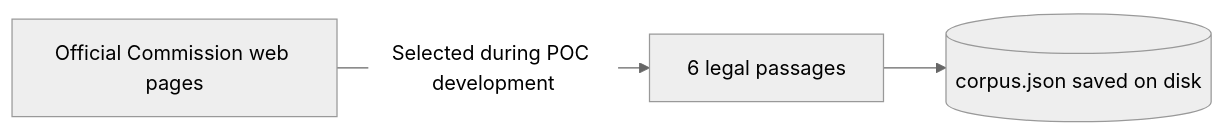
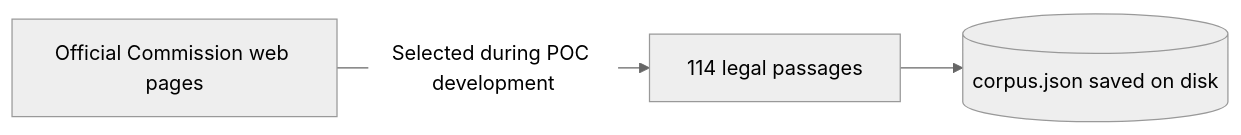
One commit to for-aiur/ai-act-copilot changed the first of 2 diagrams in README.md. Above: the diagram before and after it, drawn with Mermaid (neutral theme). The commit also changed other lines of this file and 33 other files, not shown here.

````diff
--- a/README.md
+++ b/README.md
@@ -27,5 +21,5 @@
 ```mermaid
 flowchart LR
-    A[Official Commission web pages] -->|Selected during POC development| B[6 legal passages]
+    A[Official Commission web pages] -->|Selected during POC development| B[114 legal passages]
     B --> C[(corpus.json saved on disk)]
 ```
````
